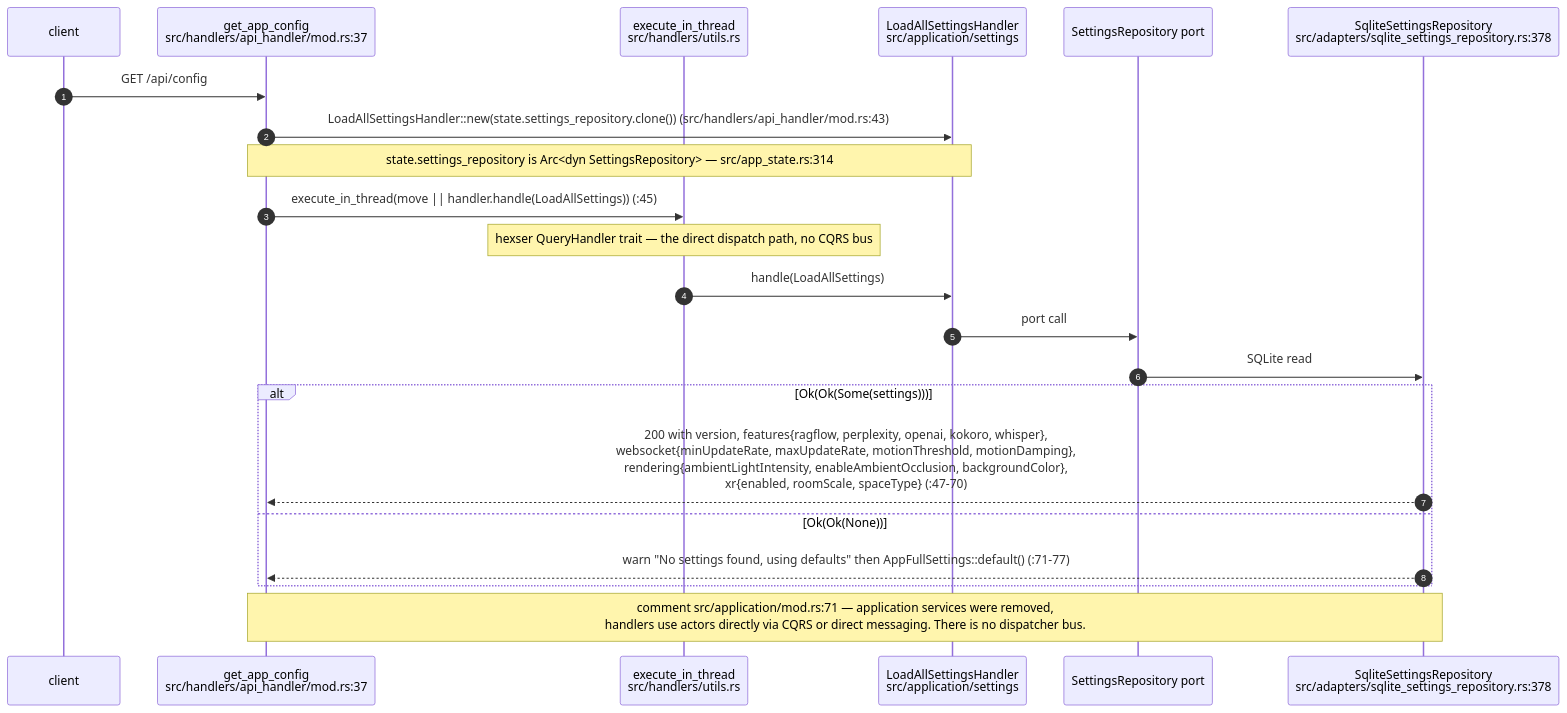
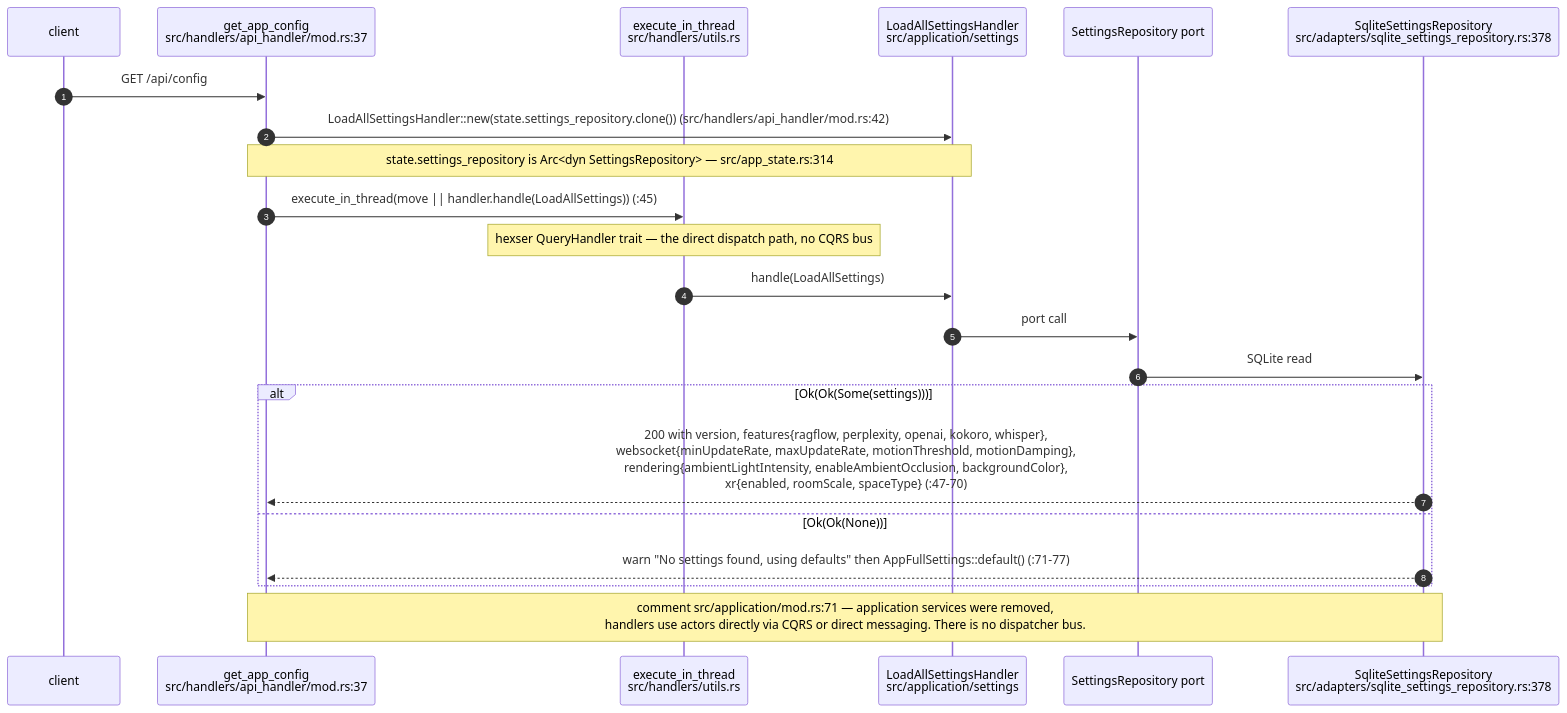
The seventh of 12 diagrams in docs/diagrams/visionclaw/07-hexagonal-ports-and-crates.md (DreamLab-AI/VisionFlow), drawn with Mermaid before and after one commit. The commit also changed other lines of this file and 185 other files, not shown here.

Commit message:
docs(estate): reconcile diagrams and ADRs with source and define closeout sprint

````diff
--- a/docs/diagrams/visionclaw/07-hexagonal-ports-and-crates.md
+++ b/docs/diagrams/visionclaw/07-hexagonal-ports-and-crates.md
@@ -294,25 +303,25 @@
 ```mermaid
 sequenceDiagram
     autonumber
     participant CL as client
     participant H as get_app_config<br/>src/handlers/api_handler/mod.rs:37
     participant EX as execute_in_thread<br/>src/handlers/utils.rs
     participant QH as LoadAllSettingsHandler<br/>src/application/settings
     participant PT as SettingsRepository port
     participant AD as SqliteSettingsRepository<br/>src/adapters/sqlite_settings_repository.rs:378
 
     CL->>H: GET /api/config
-    H->>QH: LoadAllSettingsHandler::new(state.settings_repository.clone()) (src/handlers/api_handler/mod.rs:43)
+    H->>QH: LoadAllSettingsHandler::new(state.settings_repository.clone()) (src/handlers/api_handler/mod.rs:42)
     Note over H,QH: state.settings_repository is Arc<dyn SettingsRepository> — src/app_state.rs:314
     H->>EX: execute_in_thread(move || handler.handle(LoadAllSettings)) (:45)
     Note over EX: hexser QueryHandler trait — the direct dispatch path, no CQRS bus
     EX->>QH: handle(LoadAllSettings)
     QH->>PT: port call
     PT->>AD: SQLite read
     alt Ok(Ok(Some(settings)))
         AD-->>H: 200 with version, features{ragflow, perplexity, openai, kokoro, whisper},<br/>websocket{minUpdateRate, maxUpdateRate, motionThreshold, motionDamping},<br/>rendering{ambientLightIntensity, enableAmbientOcclusion, backgroundColor},<br/>xr{enabled, roomScale, spaceType} (:47-70)
     else Ok(Ok(None))
         AD-->>H: warn "No settings found, using defaults" then AppFullSettings::default() (:71-77)
     end
     Note over H,AD: comment src/application/mod.rs:71 — application services were removed,<br/>handlers use actors directly via CQRS or direct messaging. There is no dispatcher bus.
 ```
````
